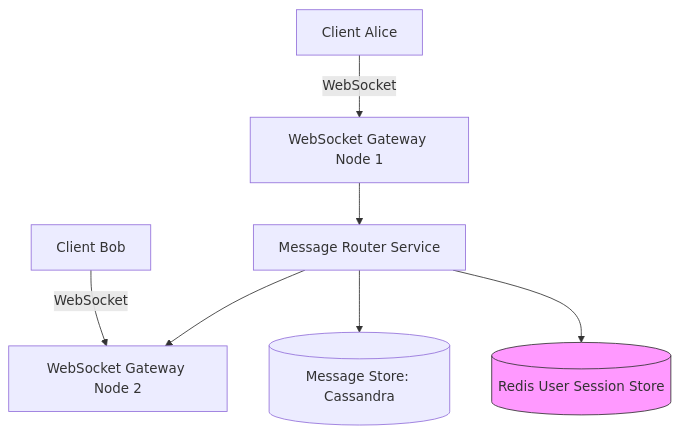
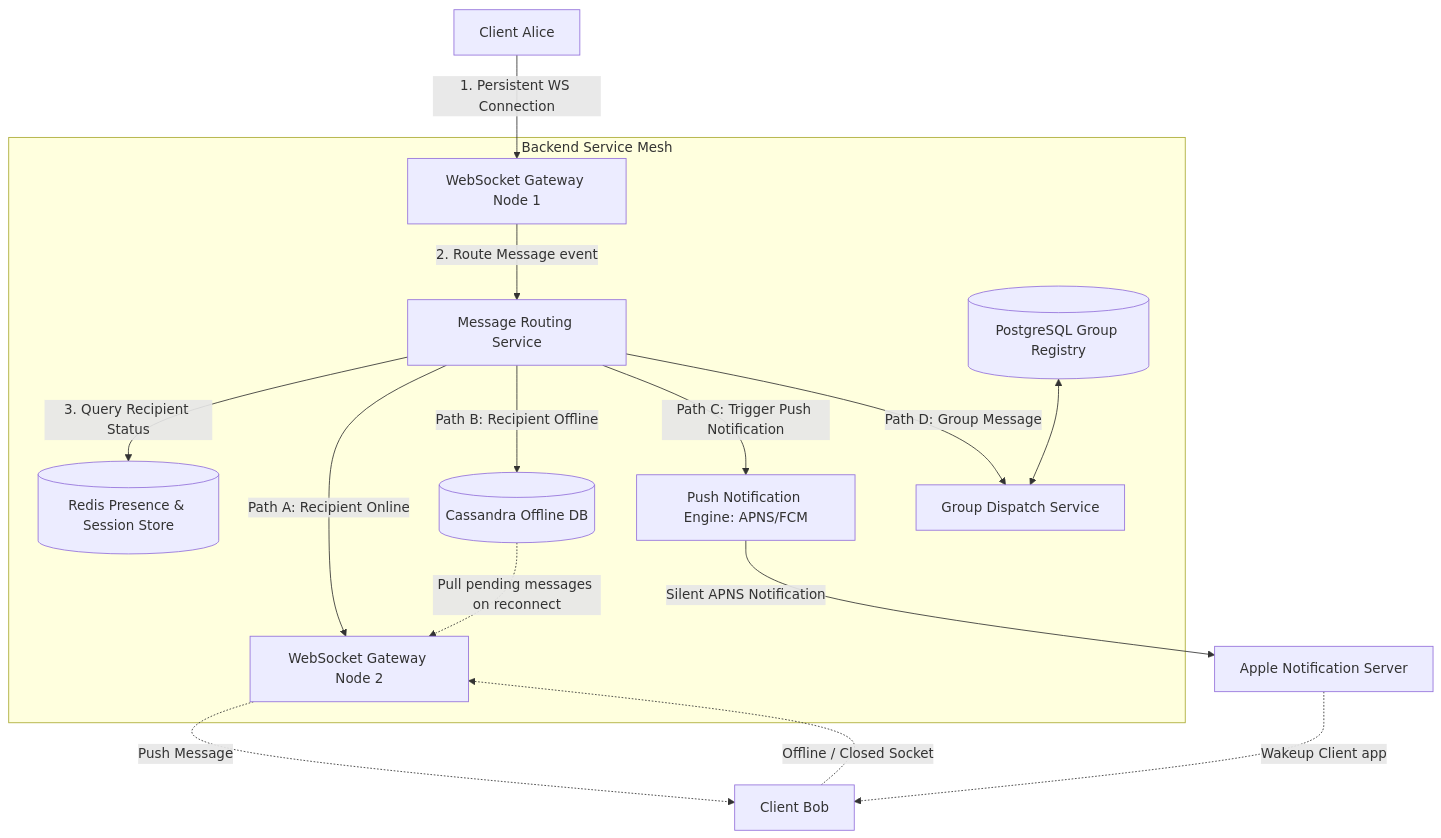
One commit to gp330841/interview changed the diagram in high-level-design/concepts/24-design-whatsapp.md. Above: the diagram before and after it, drawn with Mermaid. The commit also changed other lines of this file and 66 other files, not shown here.

````diff
--- a/high-level-design/concepts/24-design-whatsapp.md
+++ b/high-level-design/concepts/24-design-whatsapp.md
@@ -16,11 +53,30 @@
 ```mermaid
 flowchart TD
-    Alice[Client Alice] -->|WebSocket| GatewayA[WebSocket Gateway Node 1]
-    Bob[Client Bob] -->|WebSocket| GatewayB[WebSocket Gateway Node 2]
-    GatewayA --> Routing[Message Router Service]
-    Routing --> SessionDB[(Redis User Session Store)]
-    Routing --> MsgDB[(Message Store: Cassandra)]
-    Routing --> GatewayB
+    %% User Connections
+    Alice[Client Alice] -->|1. Persistent WS Connection| Gate1[WebSocket Gateway Node 1]
+    Bob[Client Bob] -.->|Offline / Closed Socket| Gate2[WebSocket Gateway Node 2]
     
-    style SessionDB fill:#f9f,stroke:#333
+    subgraph VPC [Backend Service Mesh]
+        %% Session & Presence Cache
+        Presence[(Redis Presence & Session Store)]
+        
+        %% Gateway routing
+        Gate1 -->|2. Route Message event| MsgRouter[Message Routing Service]
+        MsgRouter -->|3. Query Recipient Status| Presence
+        
+        %% Routing Paths
+        MsgRouter -->|Path A: Recipient Online| Gate2
+        MsgRouter -->|Path B: Recipient Offline| OfflineStore[(Cassandra Offline DB)]
+        MsgRouter -->|Path C: Trigger Push Notification| PushSvc[Push Notification Engine: APNS/FCM]
+        
+        %% Group Service
+        MsgRouter -->|Path D: Group Message| GroupSvc[Group Dispatch Service]
+        GroupDB[(PostgreSQL Group Registry)] <--> GroupSvc
+    end
+    
+    %% Output Actions
+    Gate2 -.->|Push Message| Bob
+    PushSvc -->|Silent APNS Notification| AppleAPNS[Apple Notification Server]
+    AppleAPNS -.->|Wakeup Client app| Bob
+    OfflineStore -.->|Pull pending messages on reconnect| Gate2
 ```
````
